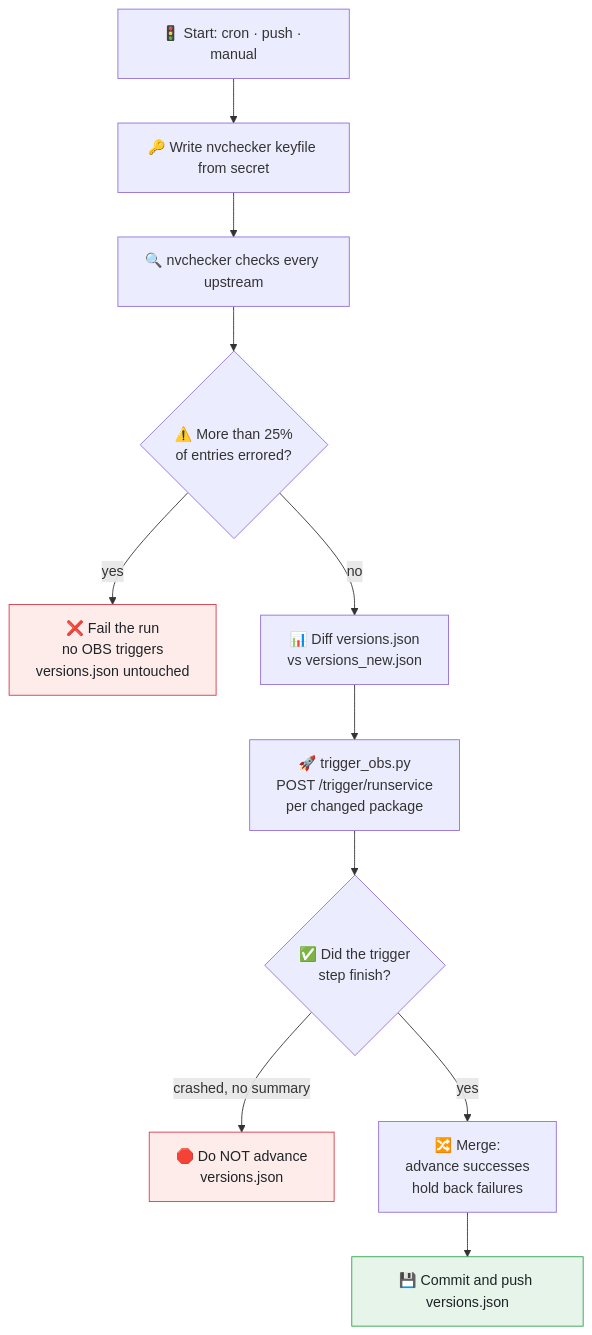
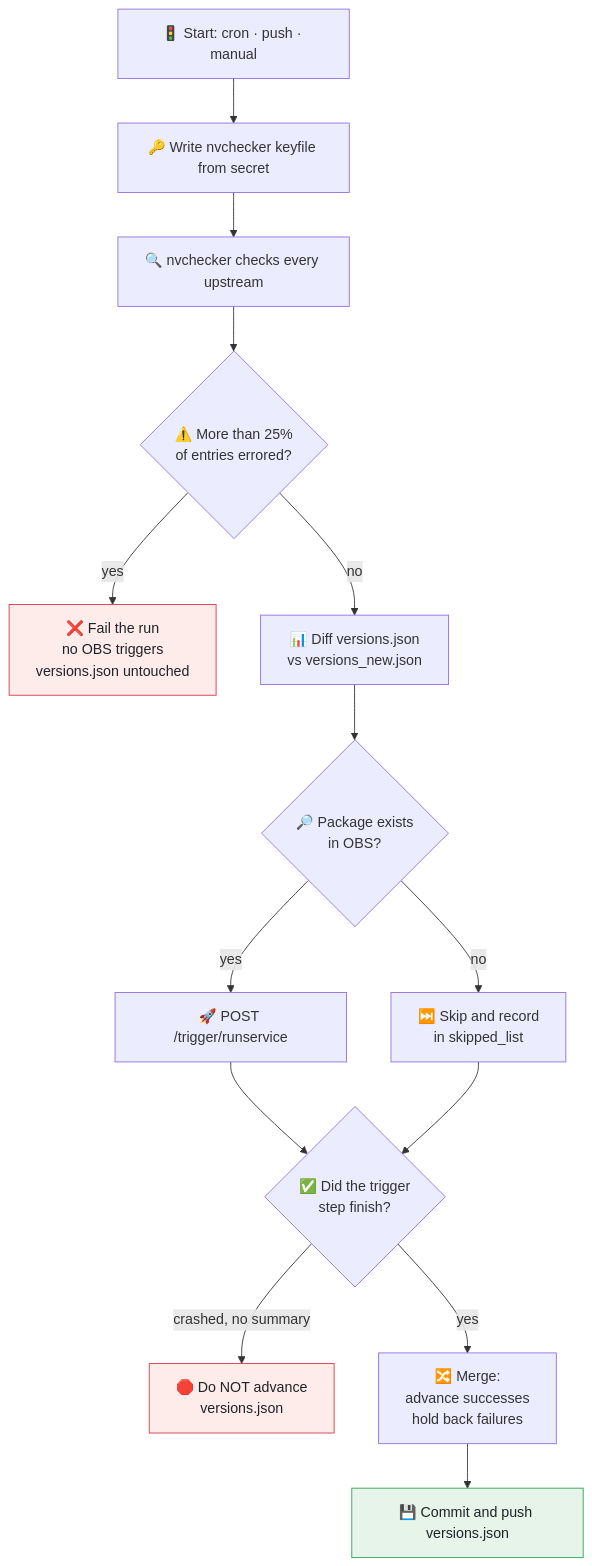
One commit to itachi-re/obs-auto-trigger changed the second of 2 diagrams in README.md. Above: the diagram before and after it, drawn with Mermaid. The commit also changed other lines of this file, not shown here.

````diff
--- a/README.md
+++ b/README.md
@@ -94,18 +99,21 @@
 ```mermaid
 flowchart TD
     S["🚦 Start: cron · push · manual"] --> K["🔑 Write nvchecker keyfile from secret"]
     K --> N["🔍 nvchecker checks every upstream"]
     N --> A{"⚠️ More than 25%<br/>of entries errored?"}
     A -->|yes| F1["❌ Fail the run<br/>no OBS triggers<br/>versions.json untouched"]
     A -->|no| D["📊 Diff versions.json<br/>vs versions_new.json"]
-    D --> T["🚀 trigger_obs.py<br/>POST /trigger/runservice<br/>per changed package"]
+    D --> P{"🔎 Package exists<br/>in OBS?"}
+    P -->|no| SK["⏭️ Skip and record<br/>in skipped_list"]
+    P -->|yes| T["🚀 POST /trigger/runservice"]
     T --> C{"✅ Did the trigger<br/>step finish?"}
+    SK --> C
     C -->|crashed, no summary| F2["🛑 Do NOT advance<br/>versions.json"]
     C -->|yes| M["🔀 Merge:<br/>advance successes<br/>hold back failures"]
     M --> G["💾 Commit and push versions.json"]
 
     classDef bad fill:#fdecea,stroke:#d73a49,color:#1f2328
     classDef good fill:#e6f4ea,stroke:#2da44e,color:#1f2328
     class F1,F2 bad
     class G good
 ```
````
